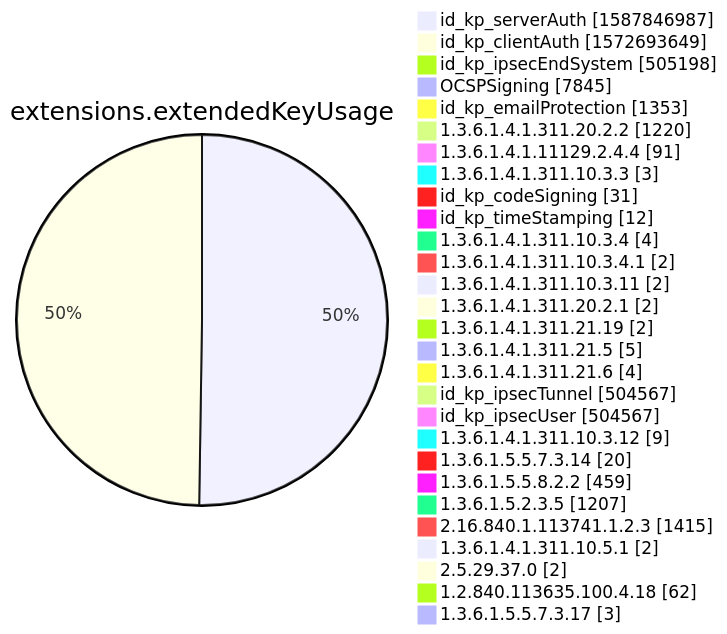
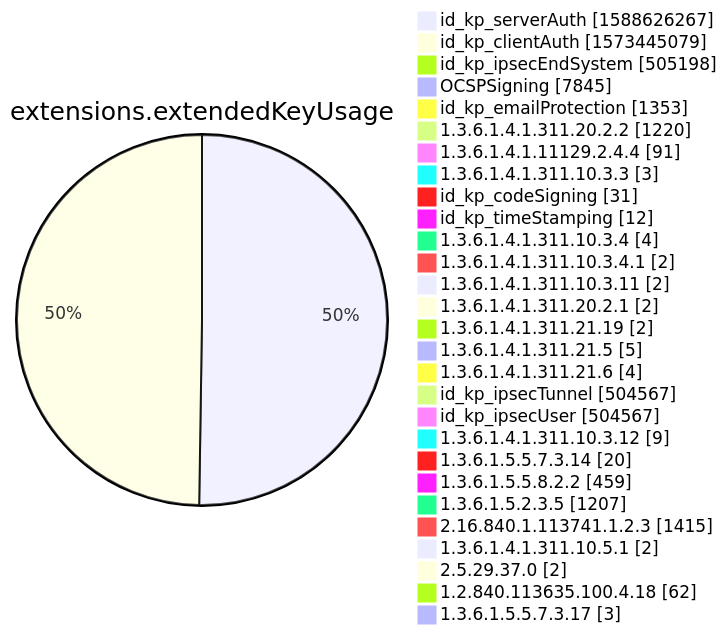
One commit to christiankrug/ctmonitor_visualization changed diagram 12 of 15 in xenon2022/README.md. Above: the diagram before and after it, drawn with Mermaid. The commit also changed other lines of this file, not shown here.

````diff
--- a/xenon2022/README.md
+++ b/xenon2022/README.md
@@ -3884,32 +3884,32 @@
 ```mermaid
 pie showData
 title extensions.extendedKeyUsage
-"id_kp_serverAuth" :1587846987
-"id_kp_clientAuth" :1572693649
+"id_kp_serverAuth" :1588626267
+"id_kp_clientAuth" :1573445079
 "id_kp_ipsecEndSystem" :505198
 "OCSPSigning" :7845
 "id_kp_emailProtection" :1353
 "1.3.6.1.4.1.311.20.2.2" :1220
 "1.3.6.1.4.1.11129.2.4.4" :91
 "1.3.6.1.4.1.311.10.3.3" :3
 "id_kp_codeSigning" :31
 "id_kp_timeStamping" :12
 "1.3.6.1.4.1.311.10.3.4" :4
 "1.3.6.1.4.1.311.10.3.4.1" :2
 "1.3.6.1.4.1.311.10.3.11" :2
 "1.3.6.1.4.1.311.20.2.1" :2
 "1.3.6.1.4.1.311.21.19" :2
 "1.3.6.1.4.1.311.21.5" :5
 "1.3.6.1.4.1.311.21.6" :4
 "id_kp_ipsecTunnel" :504567
 "id_kp_ipsecUser" :504567
 "1.3.6.1.4.1.311.10.3.12" :9
 "1.3.6.1.5.5.7.3.14" :20
 "1.3.6.1.5.5.8.2.2" :459
 "1.3.6.1.5.2.3.5" :1207
 "2.16.840.1.113741.1.2.3" :1415
 "1.3.6.1.4.1.311.10.5.1" :2
 "2.5.29.37.0" :2
 "1.2.840.113635.100.4.18" :62
 "1.3.6.1.5.5.7.3.17" :3
 ```
````
